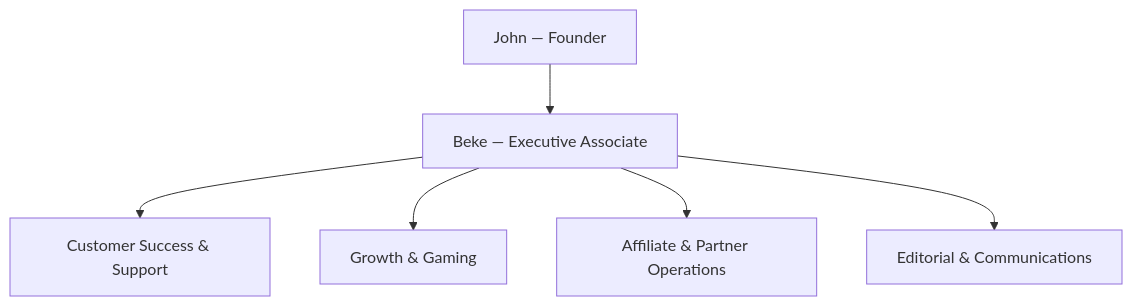
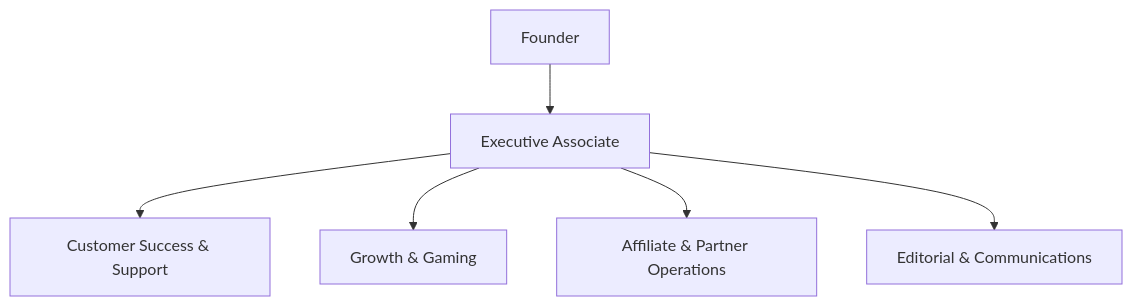
Before and after one commit to Jktechnologylimited/jktl-business--: the diagram in docs/JKTL_TEAM_STRUCTURE.md, drawn with Mermaid. The commit also changed other lines of this file and 144 other files, not shown here.

````diff
--- a/docs/JKTL_TEAM_STRUCTURE.md
+++ b/docs/JKTL_TEAM_STRUCTURE.md
@@ -5,8 +7,8 @@
 ```mermaid
 flowchart TD
-  Founder[John — Founder] --> Associate[Beke — Executive Associate]
+  Founder[Founder] --> Associate[Executive Associate]
   Associate --> Support[Customer Success & Support]
   Associate --> Growth[Growth & Gaming]
   Associate --> Partners[Affiliate & Partner Operations]
   Associate --> Editorial[Editorial & Communications]
 ```
````
